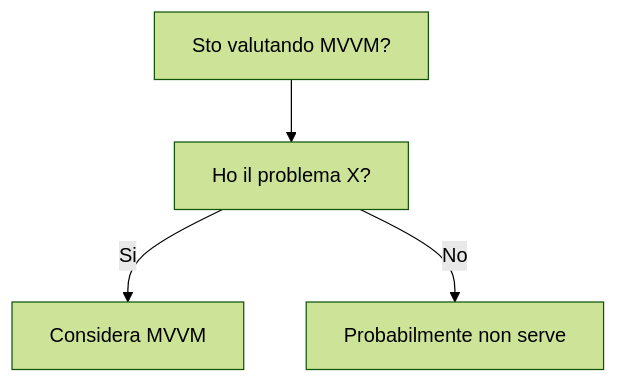
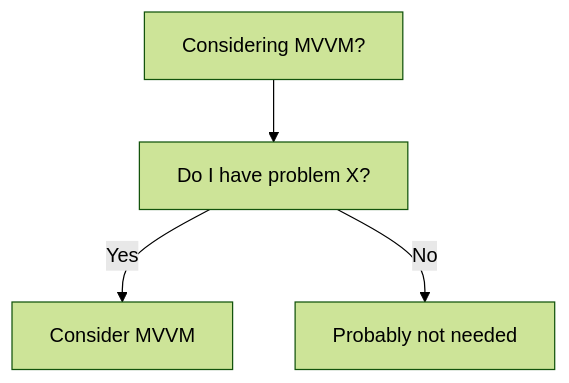
One commit to HxT9/Software-Dev-Wiki changed the diagram in dev-wiki/03_Design_Patterns/Architectural/MVVM/When_To_Use.md. Above: the diagram before and after it, drawn with Mermaid (forest theme). The commit also changed other lines of this file and 3444 other files, not shown here.

````diff
--- a/dev-wiki/03_Design_Patterns/Architectural/MVVM/When_To_Use.md
+++ b/dev-wiki/03_Design_Patterns/Architectural/MVVM/When_To_Use.md
@@ -19,6 +19,6 @@
 ```mermaid
 flowchart TD
-  Q[Sto valutando MVVM?] --> Q1[Ho il problema X?]
-  Q1 -->|Si| OK[Considera MVVM]
-  Q1 -->|No| NO[Probabilmente non serve]
+  Q[Considering MVVM?] --> Q1[Do I have problem X?]
+  Q1 -->|Yes| OK[Consider MVVM]
+  Q1 -->|No| NO[Probably not needed]
 ```
````
